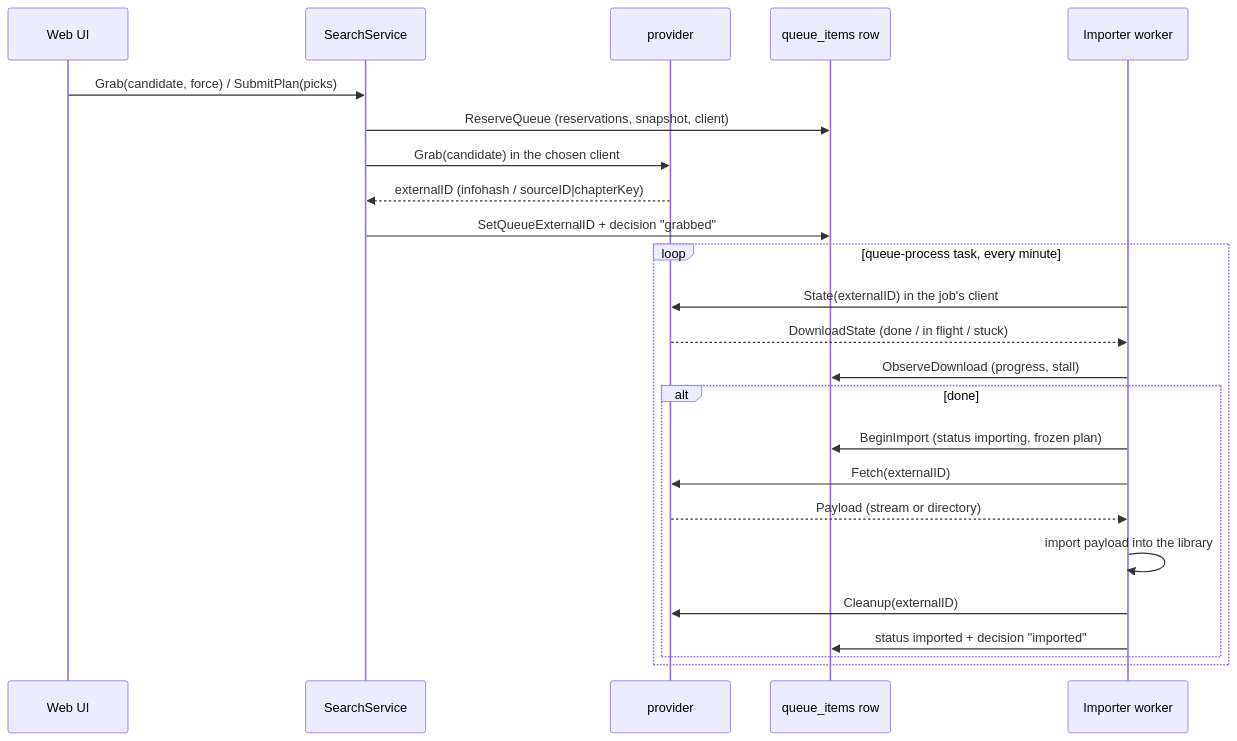
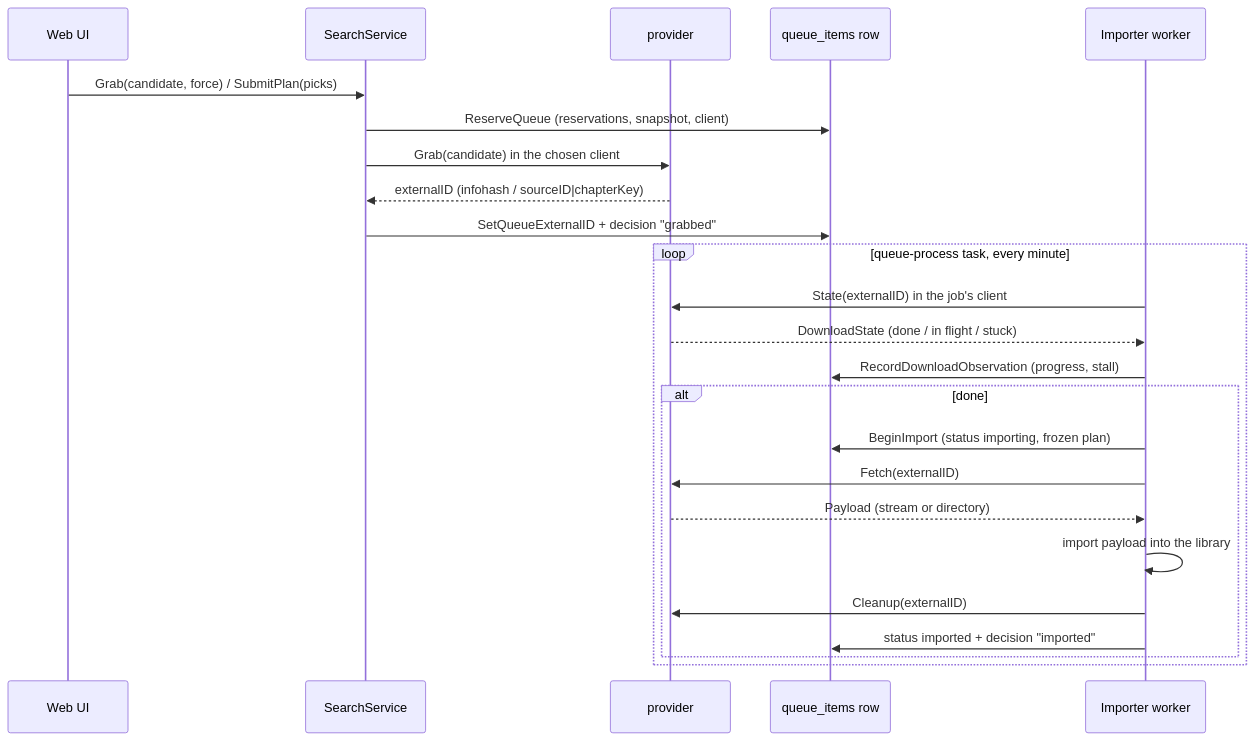
One commit to h-wb/sento changed the third of 6 diagrams in docs/domain/acquisition.md. Above: the diagram before and after it, drawn with Mermaid. The commit also changed other lines of this file and 120 other files, not shown here.

````diff
--- a/docs/domain/acquisition.md
+++ b/docs/domain/acquisition.md
@@ -329,26 +330,26 @@
 ```mermaid
 sequenceDiagram
     participant UI as Web UI
     participant S as SearchService
     participant P as provider
     participant Q as queue_items row
     participant W as Importer worker
     UI->>S: Grab(candidate, force) / SubmitPlan(picks)
     S->>Q: ReserveQueue (reservations, snapshot, client)
     S->>P: Grab(candidate) in the chosen client
     P-->>S: externalID (infohash / sourceID|chapterKey)
     S->>Q: SetQueueExternalID + decision "grabbed"
     loop queue-process task, every minute
         W->>P: State(externalID) in the job's client
         P-->>W: DownloadState (done / in flight / stuck)
-        W->>Q: ObserveDownload (progress, stall)
+        W->>Q: RecordDownloadObservation (progress, stall)
         alt done
             W->>Q: BeginImport (status importing, frozen plan)
             W->>P: Fetch(externalID)
             P-->>W: Payload (stream or directory)
             W->>W: import payload into the library
             W->>P: Cleanup(externalID)
             W->>Q: status imported + decision "imported"
         end
     end
 ```
````
